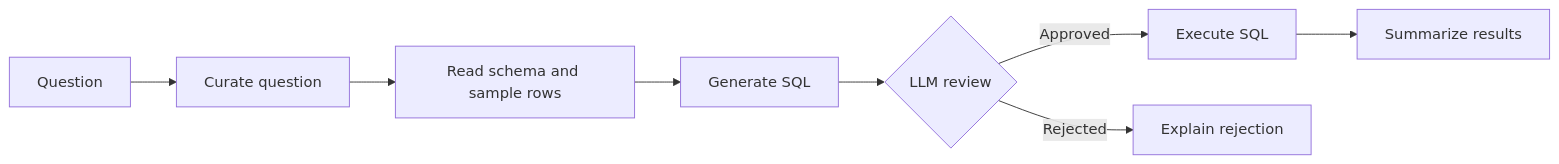
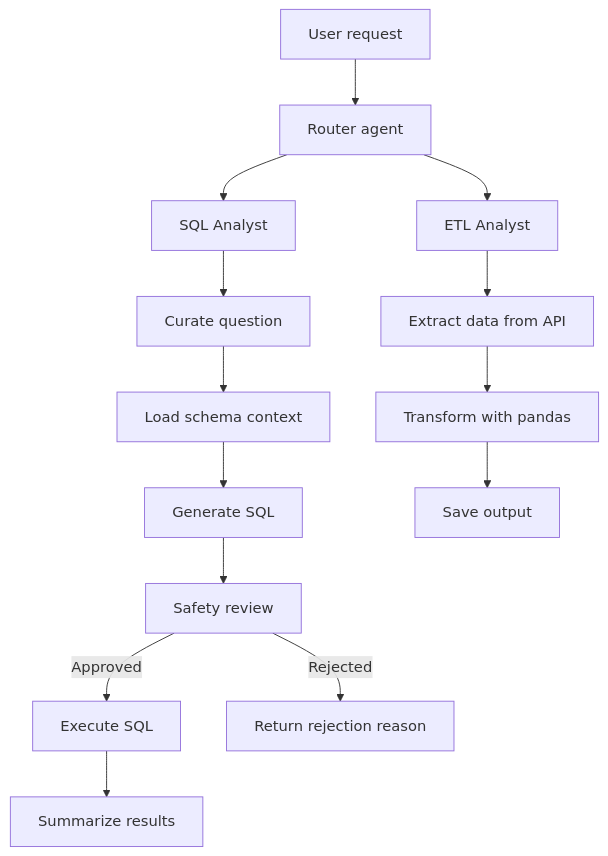
Before and after one commit to rohitlonkar2006/Data-Agent: the diagram in README.md, drawn with Mermaid. The commit also changed other lines of this file, not shown here.

````diff
--- a/README.md
+++ b/README.md
@@ -22,10 +34,18 @@
 ```mermaid
-flowchart LR
-	 A[Question] --> B[Curate question]
-	 B --> C[Read schema and sample rows]
-	 C --> D[Generate SQL]
-	 D --> E{LLM review}
-	 E -->|Approved| F[Execute SQL]
-	 E -->|Rejected| G[Explain rejection]
-	 F --> H[Summarize results]
+flowchart TD
+    A[User request] --> B[Router agent]
+    B --> C[SQL Analyst]
+    B --> D[ETL Analyst]
+
+    C --> C1[Curate question]
+    C1 --> C2[Load schema context]
+    C2 --> C3[Generate SQL]
+    C3 --> C4[Safety review]
+    C4 -->|Approved| C5[Execute SQL]
+    C4 -->|Rejected| C6[Return rejection reason]
+    C5 --> C7[Summarize results]
+
+    D --> D1[Extract data from API]
+    D1 --> D2[Transform with pandas]
+    D2 --> D3[Save output]
 ```
````
